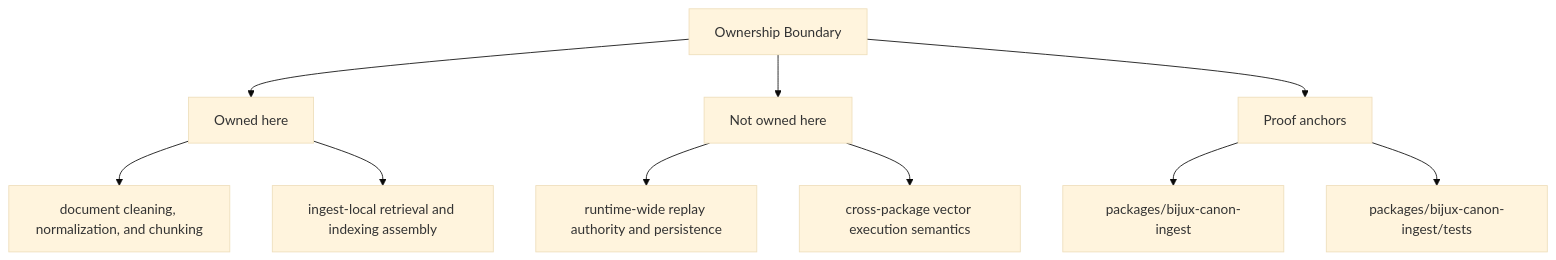
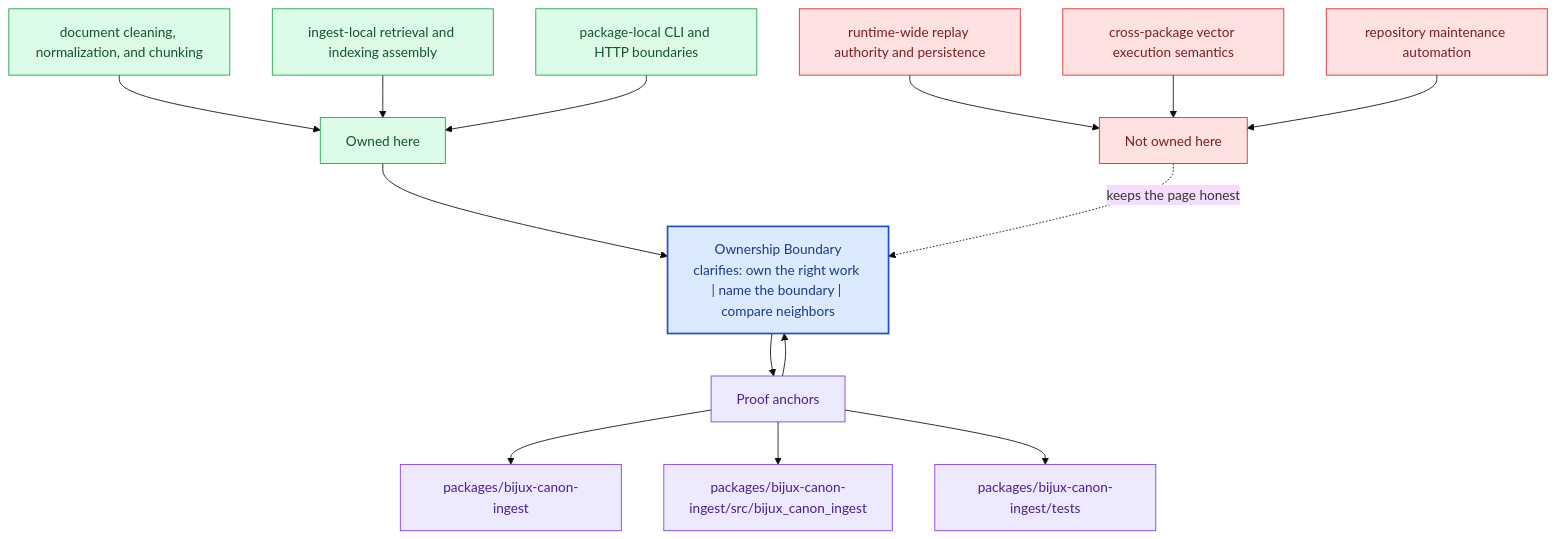
Before and after one commit to bijux/bijux-canon: the second of 2 diagrams in docs/bijux-canon-ingest/foundation/ownership-boundary.md, drawn with Mermaid (base theme). The commit also changed other lines of this file and 281 other files, not shown here.

Commit message:
docs(diagrams): deepen handbook mermaid maps across the catalog

````diff
--- a/docs/bijux-canon-ingest/foundation/ownership-boundary.md
+++ b/docs/bijux-canon-ingest/foundation/ownership-boundary.md
@@ -35,22 +68,40 @@
 ```mermaid
-flowchart TD
-    page["Ownership Boundary"]
+flowchart TB
+    promise["Ownership Boundary<br/>clarifies: own the right work | name the boundary | compare neighbors"]
+    classDef promise fill:#dbeafe,stroke:#1d4ed8,color:#1e3a8a,stroke-width:2px;
+    classDef driver fill:#dcfce7,stroke:#16a34a,color:#14532d;
+    classDef constraint fill:#fee2e2,stroke:#dc2626,color:#7f1d1d;
+    classDef ground fill:#ede9fe,stroke:#7c3aed,color:#4c1d95;
     focus1["Owned here"]
-    page --> focus1
+    focus1 --> promise
     focus1_1["document cleaning, normalization, and chunking"]
-    focus1 --> focus1_1
+    focus1_1 --> focus1
     focus1_2["ingest-local retrieval and indexing assembly"]
-    focus1 --> focus1_2
+    focus1_2 --> focus1
+    focus1_3["package-local CLI and HTTP boundaries"]
+    focus1_3 --> focus1
+    class focus1 driver;
+    class focus1_1,focus1_2,focus1_3 driver;
     focus2["Not owned here"]
-    page --> focus2
+    focus2 -.keeps the page honest.-> promise
     focus2_1["runtime-wide replay authority and persistence"]
-    focus2 --> focus2_1
+    focus2_1 --> focus2
     focus2_2["cross-package vector execution semantics"]
-    focus2 --> focus2_2
+    focus2_2 --> focus2
+    focus2_3["repository maintenance automation"]
+    focus2_3 --> focus2
+    class focus2 constraint;
+    class focus2_1,focus2_2,focus2_3 constraint;
     focus3["Proof anchors"]
-    page --> focus3
+    focus3 --> promise
+    promise --> focus3
     focus3_1["packages/bijux-canon-ingest"]
     focus3 --> focus3_1
-    focus3_2["packages/bijux-canon-ingest/tests"]
+    focus3_2["packages/bijux-canon-ingest/src/bijux_canon_ingest"]
     focus3 --> focus3_2
+    focus3_3["packages/bijux-canon-ingest/tests"]
+    focus3 --> focus3_3
+    class focus3 ground;
+    class focus3_1,focus3_2,focus3_3 ground;
+    class promise promise;
 ```
````
